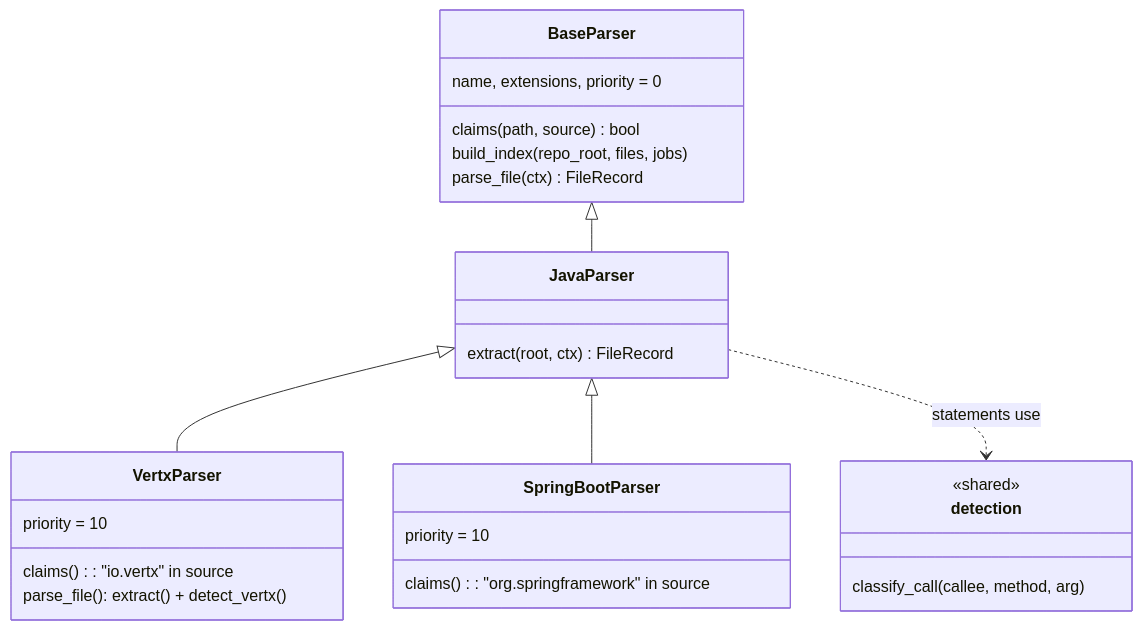
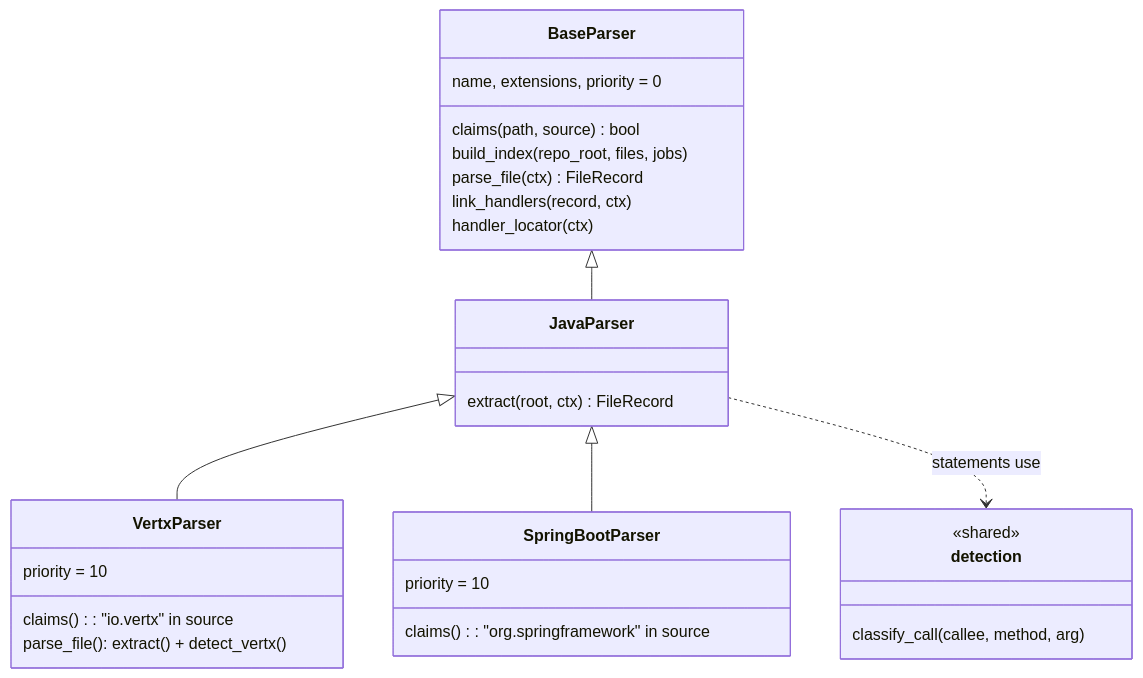
Before and after one commit to accionlabs/breezeai-cog: the sixth of 9 diagrams in docs/architecture.md, drawn with Mermaid. The commit also changed other lines of this file and 43 other files, not shown here.

````diff
--- a/docs/architecture.md
+++ b/docs/architecture.md
@@ -404,29 +421,31 @@
 ```mermaid
 classDiagram
   class BaseParser {
     name, extensions, priority = 0
     claims(path, source) bool
     build_index(repo_root, files, jobs)
     parse_file(ctx) FileRecord
+    link_handlers(record, ctx)
+    handler_locator(ctx)
   }
   class JavaParser {
     extract(root, ctx) FileRecord
   }
   class VertxParser {
     priority = 10
     claims(): "io.vertx" in source
     parse_file(): extract() + detect_vertx()
   }
   class SpringBootParser {
     priority = 10
     claims(): "org.springframework" in source
   }
   class detection {
     <<shared>>
     classify_call(callee, method, arg)
   }
   BaseParser <|-- JavaParser
   JavaParser <|-- VertxParser
   JavaParser <|-- SpringBootParser
   JavaParser ..> detection : statements use
 ```
````
